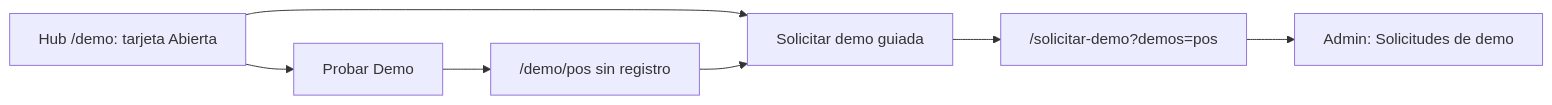
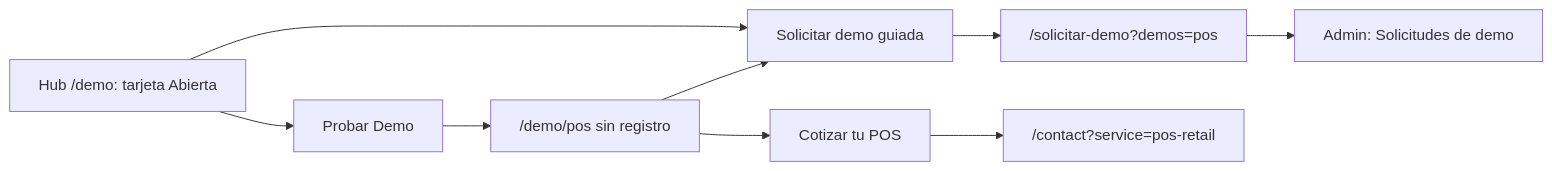
One commit to ronalc90/koptup changed the third of 3 diagrams in docs/wiki/Guia-Demo-pos.md. Above: the diagram before and after it, drawn with Mermaid. The commit also changed other lines of this file and 29 other files, not shown here.

````diff
--- a/docs/wiki/Guia-Demo-pos.md
+++ b/docs/wiki/Guia-Demo-pos.md
@@ -271,9 +296,11 @@
 ```mermaid
 flowchart LR
     H["Hub /demo: tarjeta Abierta"] --> P["Probar Demo"]
     P --> D["/demo/pos sin registro"]
     H --> G["Solicitar demo guiada"]
     D --> G
+    D --> C["Cotizar tu POS"]
     G --> F["/solicitar-demo?demos=pos"]
+    C --> K["/contact?service=pos-retail"]
     F --> AD["Admin: Solicitudes de demo"]
 ```
````
